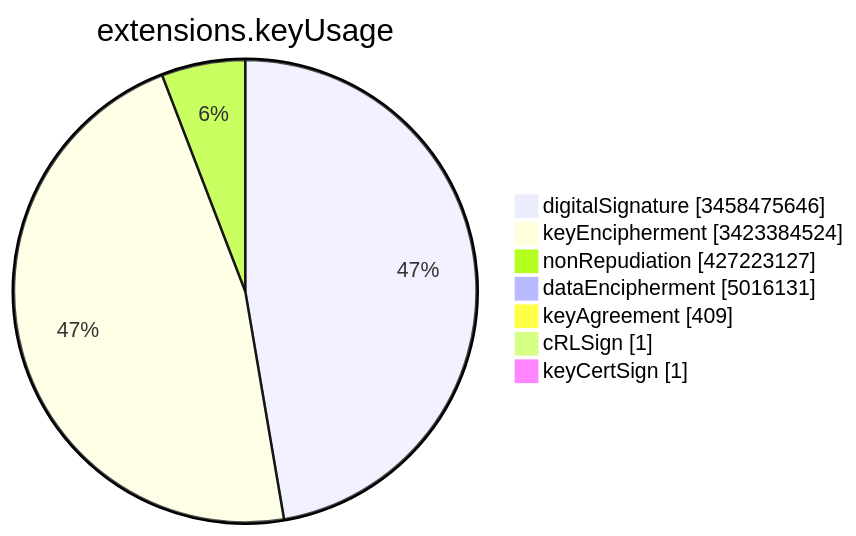
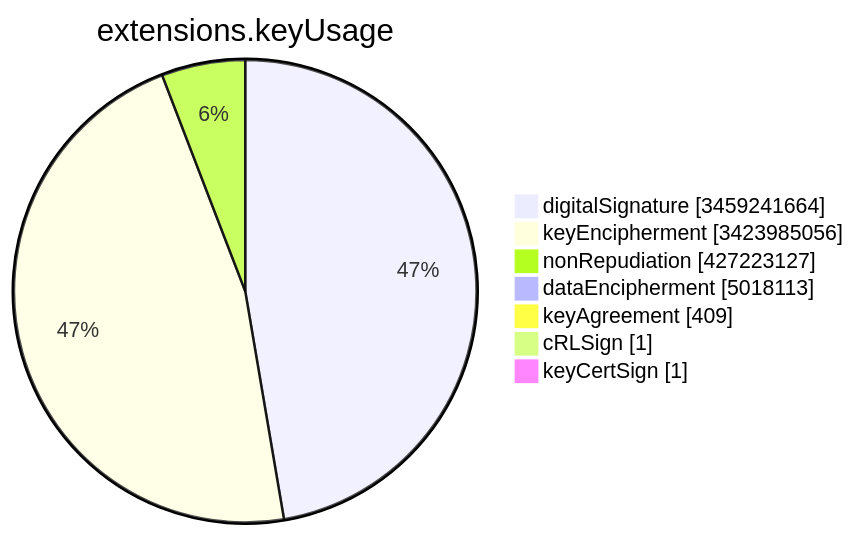
One commit to christiankrug/ctmonitor_visualization changed the sixth of 15 diagrams in TOTAL/README.md. Above: the diagram before and after it, drawn with Mermaid. The commit also changed other lines of this file, not shown here.

````diff
--- a/TOTAL/README.md
+++ b/TOTAL/README.md
@@ -3082,11 +3082,11 @@
 ```mermaid
 pie showData
 title extensions.keyUsage
-"digitalSignature" :3458475646
-"keyEncipherment" :3423384524
+"digitalSignature" :3459241664
+"keyEncipherment" :3423985056
 "nonRepudiation" :427223127
-"dataEncipherment" :5016131
+"dataEncipherment" :5018113
 "keyAgreement" :409
 "cRLSign" :1
 "keyCertSign" :1
 ```
````
